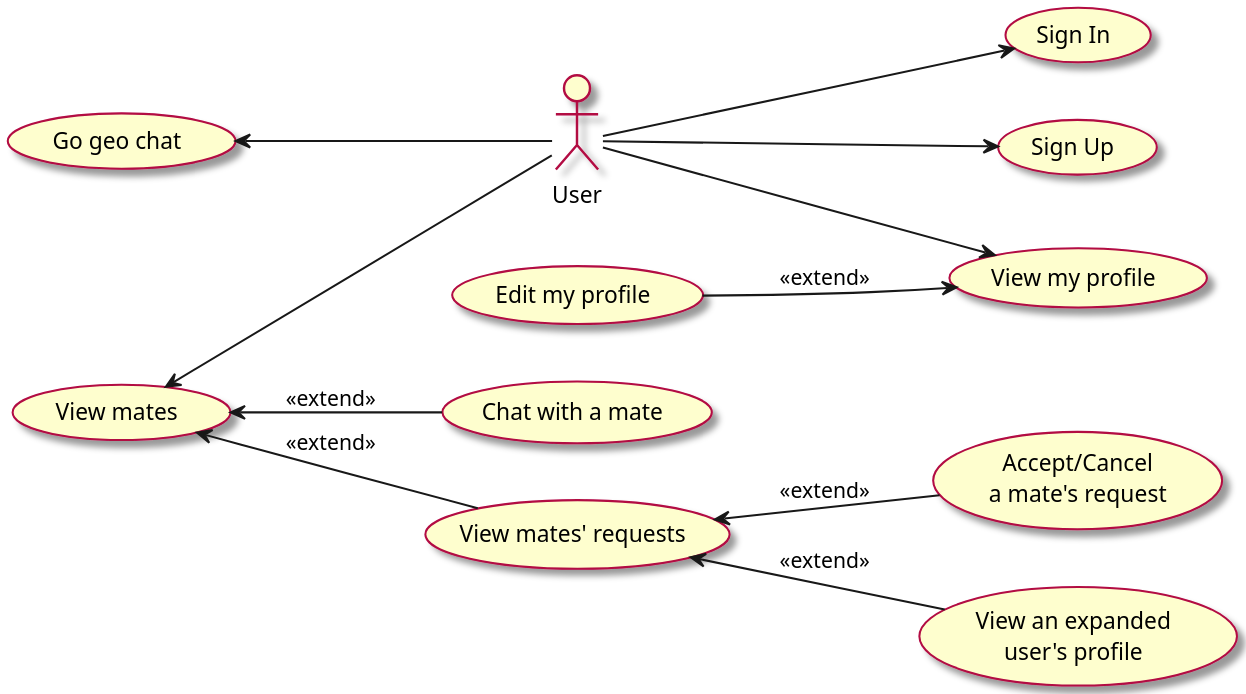
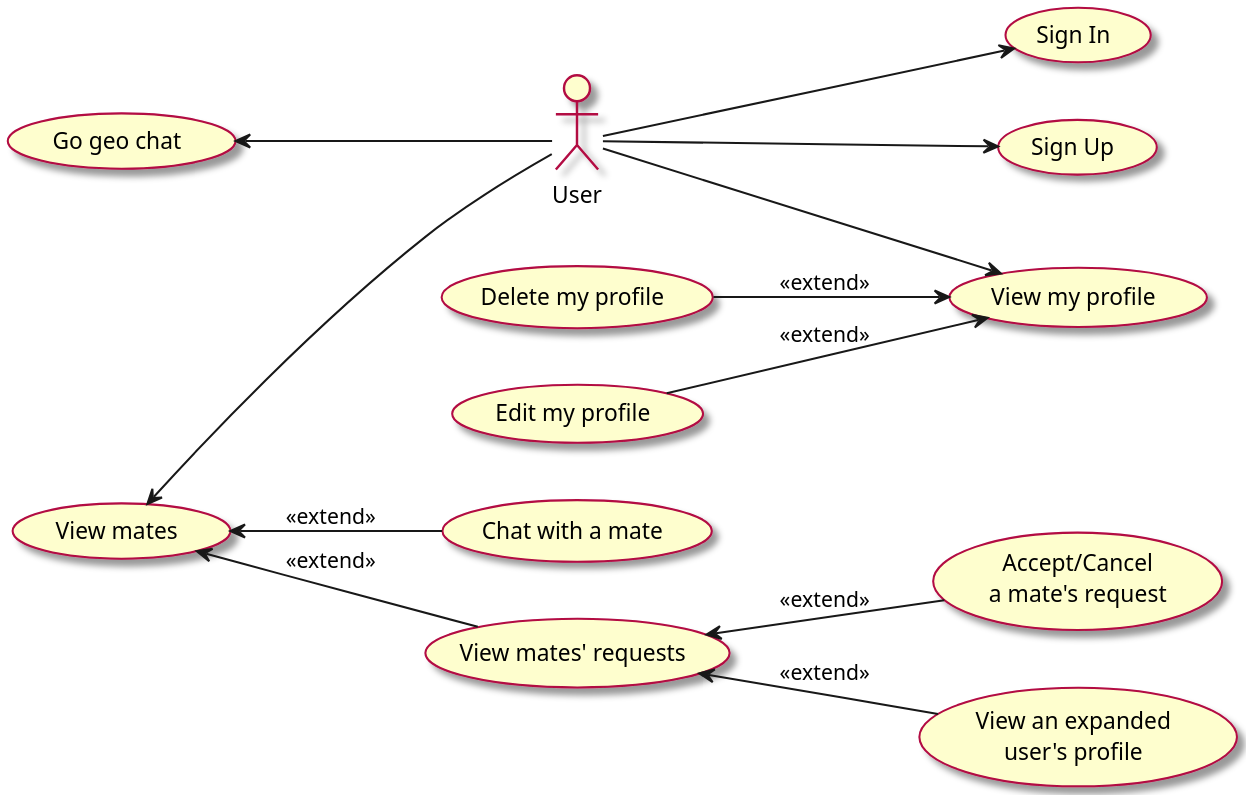
Before and after one commit to qubacy/geoqq: the diagram in general/puml_diagrams/usecase/uc_p1.wsd, drawn with PlantUML. The commit also changed 8 other files, not shown here.

```diff
--- a/general/puml_diagrams/usecase/uc_p1.wsd
+++ b/general/puml_diagrams/usecase/uc_p1.wsd
@@ -1,54 +1,56 @@
 @startuml uc_p1
 
 skinparam ArrowThickness 1.25
 
 skinparam ActorBorderThickness 1.5
 skinparam ActorBackgroundColor #FEFECE
 skinparam ActorBorderColor #B20842
 
 skinparam UsecaseBorderColor #B20842
 skinparam UsecaseBorderThickness 1.25
 skinparam UsecaseBackgroundColor #FEFECE
 
 skinparam Shadowing true
 skinparam dpi 200
 
 ' -----------------------------------------------
 
 actor "User" as User
 
 usecase "Sign In" as SignIn
 usecase "Sign Up" as SignUp
 
 usecase "View my profile" as ViewMyProfile
 usecase "Edit my profile" as EditMyProfile
+usecase "Delete my profile" as DeleteMyProfile
 
 usecase "View mates" as ViewMates
 usecase "Chat with a mate" as ChatWithMate
 usecase "View mates' requests" as ViewMatesReqs
 usecase "Accept/Cancel\na mate's request" as AccCanMateReq
 
 usecase "View an expanded\nuser's profile" as ViewExpandedUserProfile
 
 ' see uc2.wsd diagram...
 usecase "Go geo chat" as GoGeoChat
 
 ' -----------------------------------------------
 
 left to right direction
 
 User --> SignIn
 User --> SignUp
 
 User --> ViewMyProfile
 ViewMyProfile <-u- EditMyProfile : <<extend>>
+ViewMyProfile <-u- DeleteMyProfile : <<extend>>
 
 User -u-> ViewMates
 ViewMates <-- ChatWithMate : <<extend>>
 ViewMates <-- ViewMatesReqs : <<extend>>
 ViewMatesReqs <-- AccCanMateReq : <<extend>>
 ViewMatesReqs <-- ViewExpandedUserProfile : <<extend>>
 
 User -u-> GoGeoChat
 
 @enduml
```
